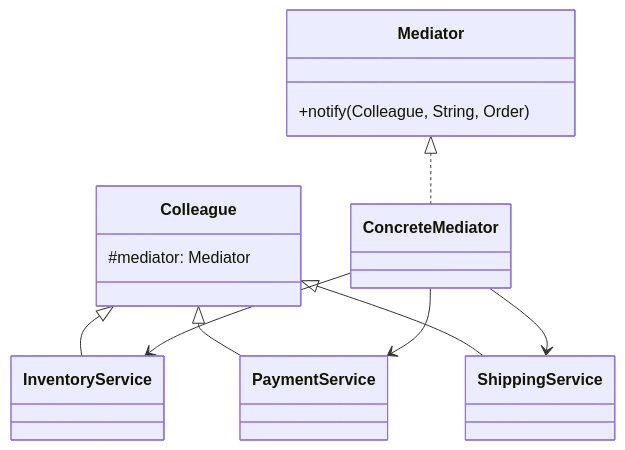
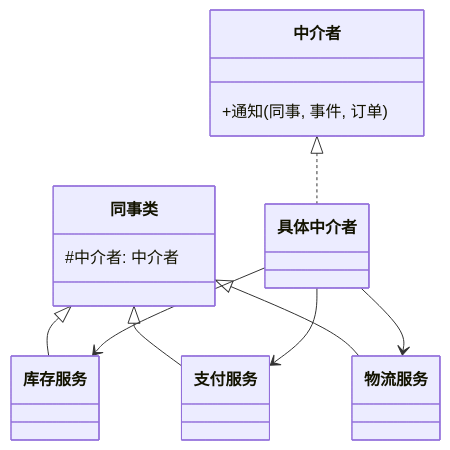
Before and after one commit to xlb3055/newBlog: the diagram in src/设计模式/行为模式/中介者模式.md, drawn with Mermaid. The commit also changed other lines of this file and 17 other files, not shown here.

````diff
--- a/src/设计模式/行为模式/中介者模式.md
+++ b/src/设计模式/行为模式/中介者模式.md
@@ -32,21 +32,21 @@
 ```mermaid
 classDiagram
-    class Mediator {
-      +notify(Colleague, String, Order)
+    class 中介者 {
+      +通知(同事, 事件, 订单)
     }
-    class ConcreteMediator
-    class Colleague {
-      #mediator: Mediator
+    class 具体中介者
+    class 同事类 {
+      #中介者: 中介者
     }
-    class InventoryService
-    class PaymentService
-    class ShippingService
+    class 库存服务
+    class 支付服务
+    class 物流服务
 
-    Mediator <|.. ConcreteMediator
-    Colleague <|-- InventoryService
-    Colleague <|-- PaymentService
-    Colleague <|-- ShippingService
-    ConcreteMediator --> InventoryService
-    ConcreteMediator --> PaymentService
-    ConcreteMediator --> ShippingService
+    中介者 <|.. 具体中介者
+    同事类 <|-- 库存服务
+    同事类 <|-- 支付服务
+    同事类 <|-- 物流服务
+    具体中介者 --> 库存服务
+    具体中介者 --> 支付服务
+    具体中介者 --> 物流服务
 ```
````
